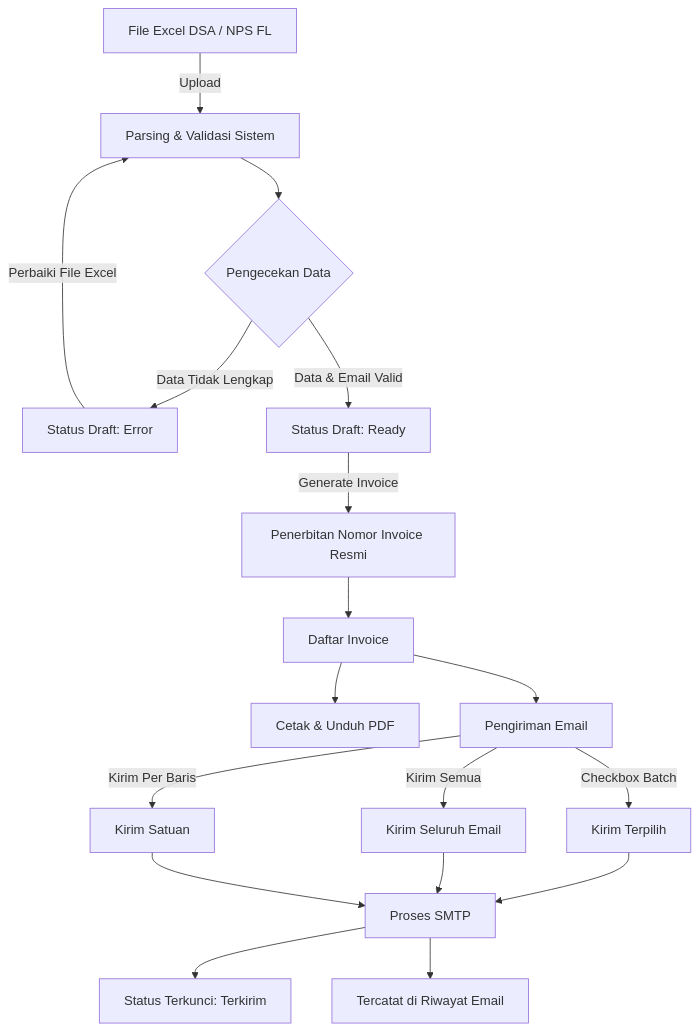
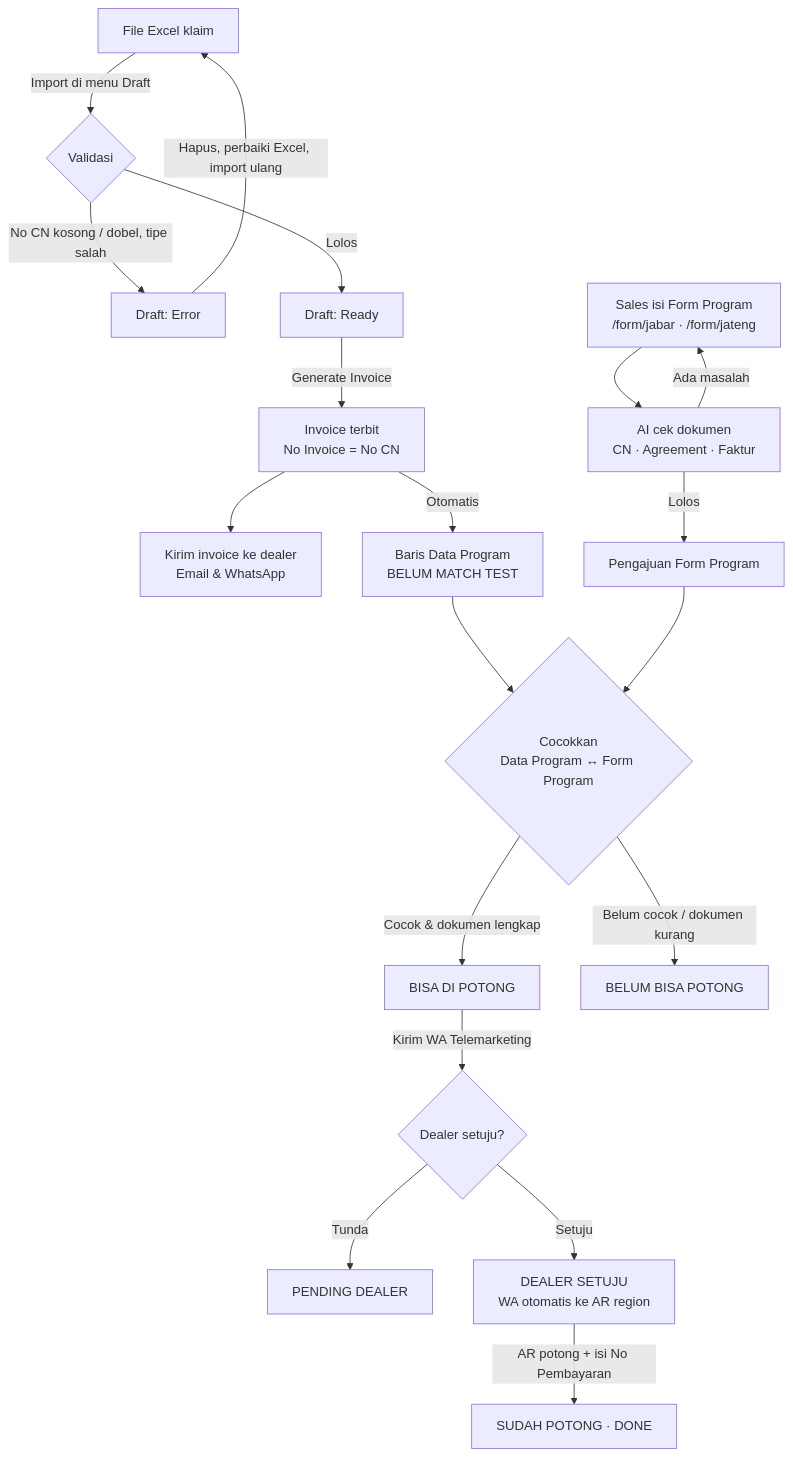
Before and after one commit to oceanspacedev/Automation-SCM: the first of 2 diagrams in README.md, drawn with Mermaid. The commit also changed other lines of this file and 33 other files, not shown here.

````diff
--- a/README.md
+++ b/README.md
@@ -19,20 +50,23 @@
 ```mermaid
 flowchart TD
-    A[File Excel DSA / NPS FL] -->|Upload| B[Parsing & Validasi Sistem]
-    B --> C{Pengecekan Data}
-    C -->|Data Tidak Lengkap| D[Status Draft: Error]
-    C -->|Data & Email Valid| E[Status Draft: Ready]
-    D -->|Perbaiki File Excel| B
-    E -->|Generate Invoice| F[Penerbitan Nomor Invoice Resmi]
-    F --> G[Daftar Invoice]
-    G --> H[Cetak & Unduh PDF]
-    G --> I[Pengiriman Email]
-    I -->|Checkbox Batch| J[Kirim Terpilih]
-    I -->|Kirim Semua| K[Kirim Seluruh Email]
-    I -->|Kirim Per Baris| L[Kirim Satuan]
-    J --> M[Proses SMTP]
-    K --> M
-    L --> M
-    M --> N[Status Terkunci: Terkirim]
-    M --> O[Tercatat di Riwayat Email]
+    A[File Excel klaim] -->|Import di menu Draft| B{Validasi}
+    B -->|No CN kosong / dobel, tipe salah| C[Draft: Error]
+    B -->|Lolos| D[Draft: Ready]
+    C -->|Hapus, perbaiki Excel, import ulang| A
+    D -->|Generate Invoice| E[Invoice terbit<br/>No Invoice = No CN]
+    E --> F[Kirim invoice ke dealer<br/>Email & WhatsApp]
+    E -->|Otomatis| G[Baris Data Program<br/>BELUM MATCH TEST]
+
+    S[Sales isi Form Program<br/>/form/jabar · /form/jateng] --> T[AI cek dokumen<br/>CN · Agreement · Faktur]
+    T -->|Ada masalah| S
+    T -->|Lolos| U[Pengajuan Form Program]
+
+    G --> M{Cocokkan<br/>Data Program ↔ Form Program}
+    U --> M
+    M -->|Cocok & dokumen lengkap| N[BISA DI POTONG]
+    M -->|Belum cocok / dokumen kurang| O[BELUM BISA POTONG]
+    N -->|Kirim WA Telemarketing| P{Dealer setuju?}
+    P -->|Tunda| Q[PENDING DEALER]
+    P -->|Setuju| R[DEALER SETUJU<br/>WA otomatis ke AR region]
+    R -->|AR potong + isi No Pembayaran| Z[SUDAH POTONG · DONE]
 ```
````
